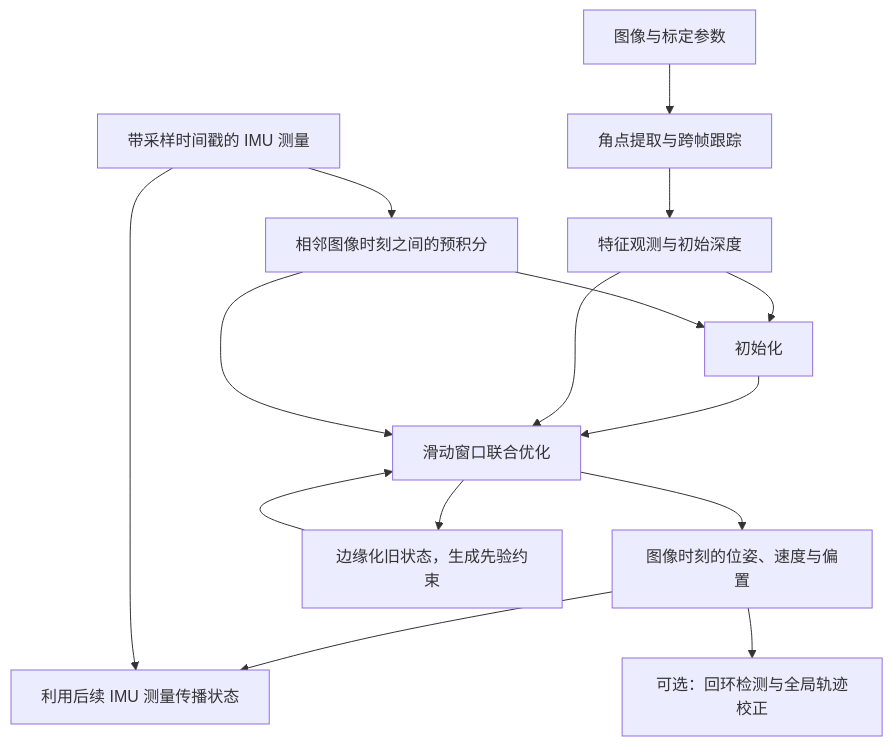
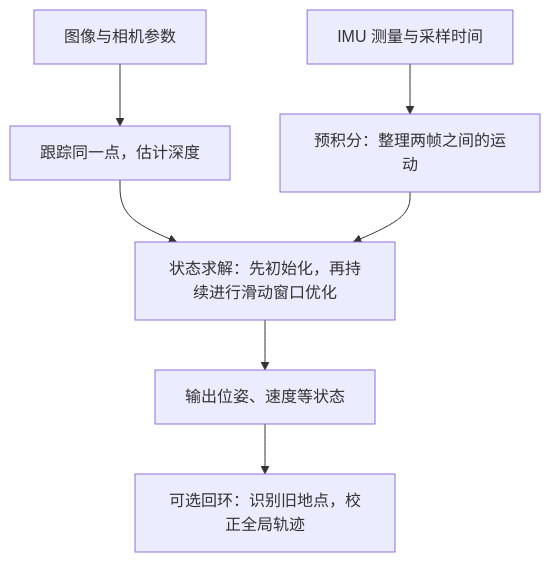
One commit to EnosElinsa/wheeltec-ros-textbook changed the diagram in docs/06-sensors-navigation/39-vins-principles.md. Above: the diagram before and after it, drawn with Mermaid. The commit also changed other lines of this file and 4 other files, not shown here.

````diff
--- a/docs/06-sensors-navigation/39-vins-principles.md
+++ b/docs/06-sensors-navigation/39-vins-principles.md
@@ -23,17 +27,9 @@
 ```mermaid
 flowchart TD
-    A[图像与标定参数] --> B[角点提取与跨帧跟踪]
-    B --> C[特征观测与初始深度]
-    D[带采样时间戳的 IMU 测量] --> E[相邻图像时刻之间的预积分]
-    C --> F[初始化]
-    E --> F
-    F --> G[滑动窗口联合优化]
-    C --> G
-    E --> G
-    G --> H[图像时刻的位姿、速度与偏置]
-    H --> I[利用后续 IMU 测量传播状态]
-    D --> I
-    G --> J[边缘化旧状态，生成先验约束]
-    J --> G
-    H --> K[可选：回环检测与全局轨迹校正]
+    A[图像与相机参数] --> B[跟踪同一点，估计深度]
+    C[IMU 测量与采样时间] --> D[预积分：整理两帧之间的运动]
+    B --> E[状态求解：先初始化，再持续进行滑动窗口优化]
+    D --> E
+    E --> F[输出位姿、速度等状态]
+    F --> G[可选回环：识别旧地点，校正全局轨迹]
 ```
````
